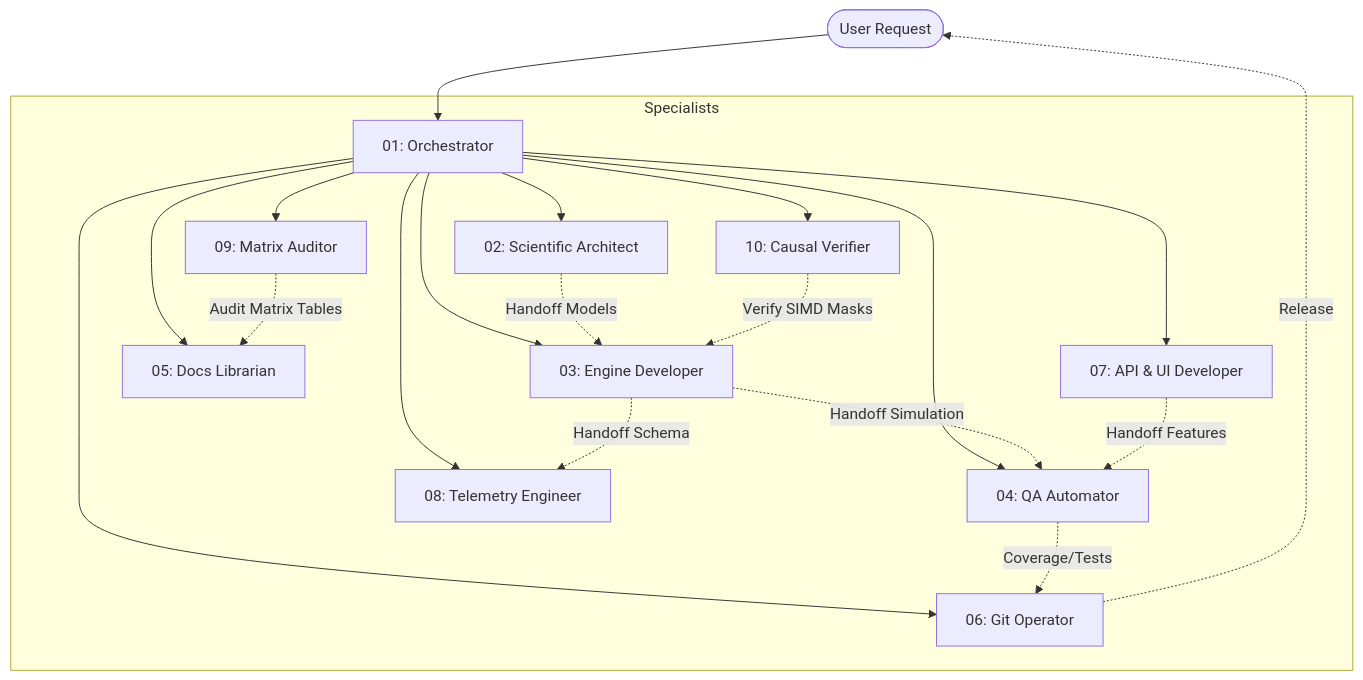
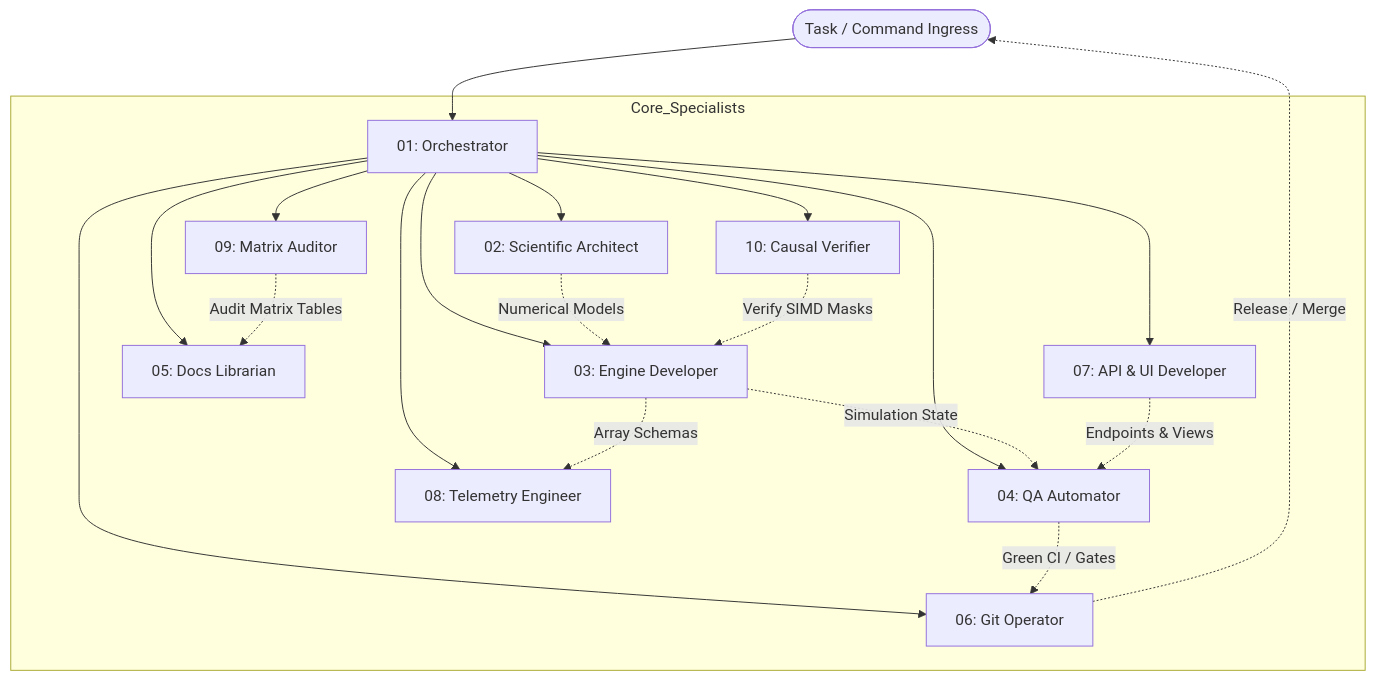
Before and after one commit to foersben/PHIDS: the second of 5 diagrams in .agents/README.md, drawn with Mermaid. The commit also changed other lines of this file, not shown here.

Commit message:
docs(agents): expand agent ecosystem architecture guide and operational mapping

````diff
--- a/.agents/README.md
+++ b/.agents/README.md
@@ -29,25 +88,25 @@
 ```mermaid
 graph TD
-    User([User Request]) --> Orch[01: Orchestrator]
+    User([Task / Command Ingress]) --> Orch[01: Orchestrator]
 
-    subgraph Specialists
+    subgraph Core_Specialists
         Orch --> Sci[02: Scientific Architect]
         Orch --> Eng[03: Engine Developer]
         Orch --> QA[04: QA Automator]
         Orch --> Docs[05: Docs Librarian]
         Orch --> Git[06: Git Operator]
         Orch --> API[07: API & UI Developer]
         Orch --> Tel[08: Telemetry Engineer]
         Orch --> Aud[09: Matrix Auditor]
         Orch --> Caus[10: Causal Verifier]
     end
 
-    Sci -.->|Handoff Models| Eng
-    Eng -.->|Handoff Simulation| QA
-    Eng -.->|Handoff Schema| Tel
-    API -.->|Handoff Features| QA
-    QA -.->|Coverage/Tests| Git
+    Sci -.->|Numerical Models| Eng
+    Eng -.->|Simulation State| QA
+    Eng -.->|Array Schemas| Tel
+    API -.->|Endpoints & Views| QA
+    QA -.->|Green CI / Gates| Git
     Aud -.->|Audit Matrix Tables| Docs
     Caus -.->|Verify SIMD Masks| Eng
-    Git -.->|Release| User
+    Git -.->|Release / Merge| User
 ```
````
